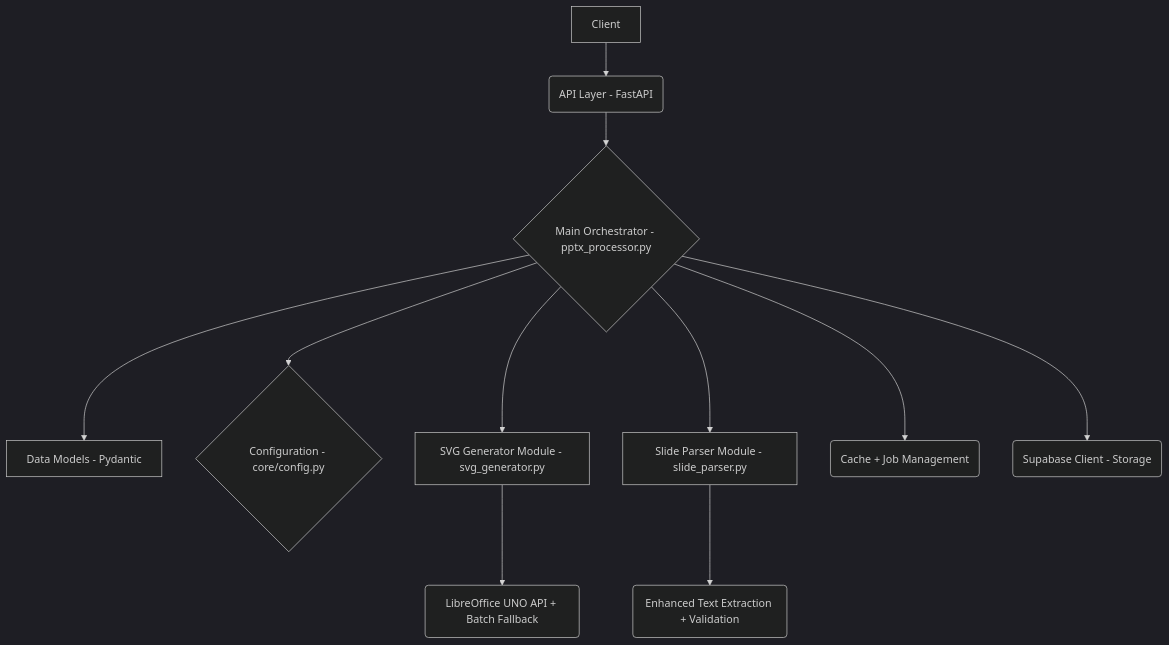
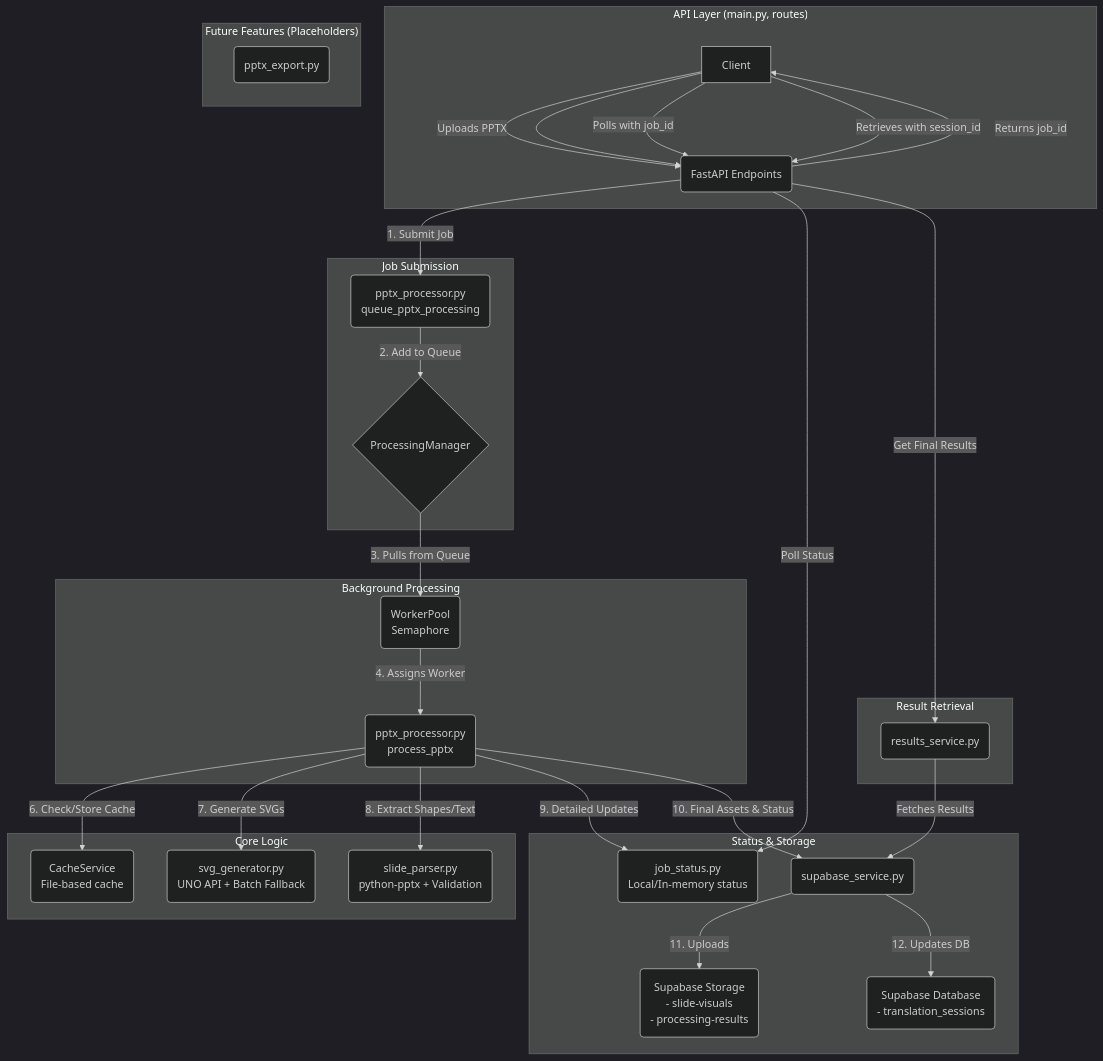
The first of 2 diagrams in services/pptx-processor/memory-bank/systemPatterns.md (OmkarKirpan/pptxTrans), drawn with Mermaid (dark theme) before and after one commit. The commit also changed other lines of this file and 47 other files, not shown here.

First line of the commit message:
Enhance PPTX Processor Service with New Dependencies and Testing Framework

````diff
--- a/services/pptx-processor/memory-bank/systemPatterns.md
+++ b/services/pptx-processor/memory-bank/systemPatterns.md
@@ -7,13 +7,44 @@
 ```mermaid
 graph TD
-    A[Client] --> B(API Layer - FastAPI)
-    B --> C{Main Orchestrator - pptx_processor.py}
-    C --> D[Data Models - Pydantic]
-    C --> E{Configuration - core/config.py}
-    C --> F[SVG Generator Module - svg_generator.py]
-    C --> G[Slide Parser Module - slide_parser.py]
-    F --> H(LibreOffice UNO API + Batch Fallback)
-    G --> I(Enhanced Text Extraction + Validation)
-    C --> J(Cache + Job Management)
-    C --> K(Supabase Client - Storage)
+    subgraph "API Layer (main.py, routes)"
+        A[Client] --> B(FastAPI Endpoints)
+    end
+
+    subgraph "Job Submission"
+        B -- "1. Submit Job" --> C(pptx_processor.py<br/>queue_pptx_processing)
+        C -- "2. Add to Queue" --> D{ProcessingManager}
+    end
+
+    subgraph "Background Processing"
+        D -- "3. Pulls from Queue" --> E(WorkerPool<br/>Semaphore)
+        E -- "4. Assigns Worker" --> F(pptx_processor.py<br/>process_pptx)
+    end
+    
+    subgraph "Core Logic"
+        F -- "6. Check/Store Cache" --> G(CacheService<br/>File-based cache)
+        F -- "7. Generate SVGs" --> H(svg_generator.py<br/>UNO API + Batch Fallback)
+        F -- "8. Extract Shapes/Text" --> I(slide_parser.py<br/>python-pptx + Validation)
+    end
+
+    subgraph "Status & Storage"
+        F -- "9. Detailed Updates" --> J(job_status.py<br/>Local/In-memory status)
+        F -- "10. Final Assets & Status" --> K(supabase_service.py)
+        K -- "11. Uploads" --> L(Supabase Storage<br/>- slide-visuals<br/>- processing-results)
+        K -- "12. Updates DB" --> M(Supabase Database<br/>- translation_sessions)
+    end
+    
+    subgraph "Result Retrieval"
+        B -- "Poll Status" --> J
+        B -- "Get Final Results" --> N(results_service.py)
+        N -- "Fetches Results" --> K
+    end
+    
+    subgraph "Future Features (Placeholders)"
+        O(pptx_export.py)
+    end
+    
+    A -- "Uploads PPTX" --> B
+    B -- "Returns job_id" --> A
+    A -- "Polls with job_id" --> B
+    A -- "Retrieves with session_id" --> B
 ```
````
